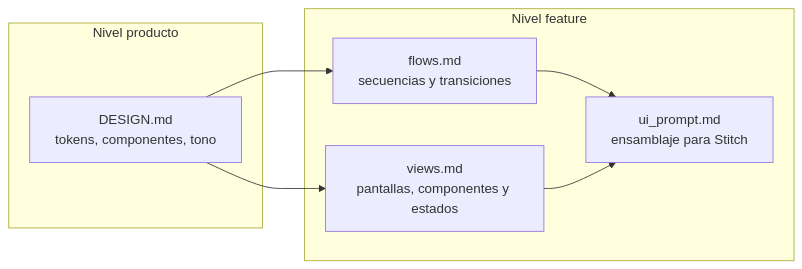
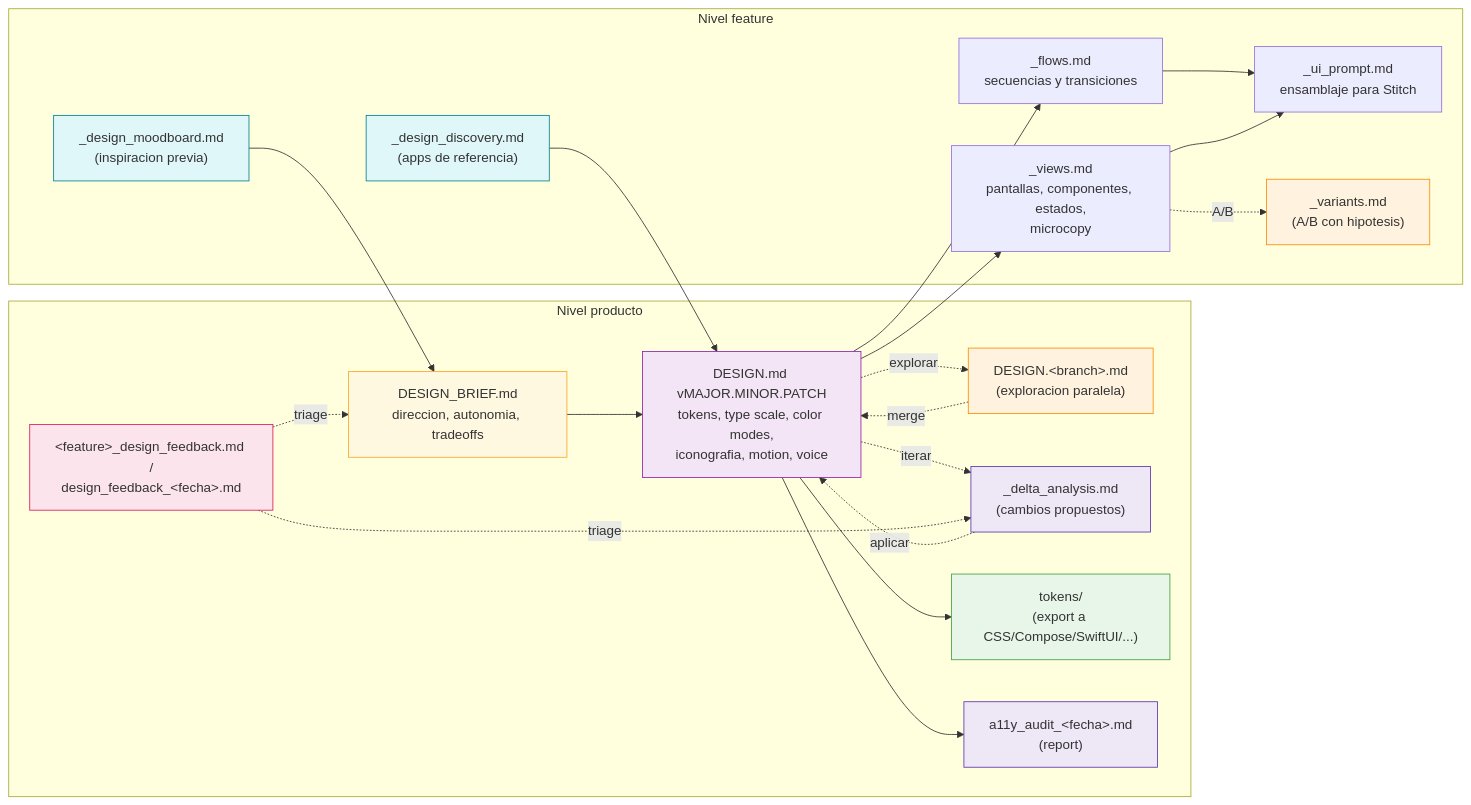
Before and after one commit to OspofeDeveloper/ai-dev-agents-lab: the fifth of 9 diagrams in sdd/design/DIAGRAMS.md, drawn with Mermaid. The commit also changed other lines of this file and 193 other files, not shown here.

````diff
--- a/sdd/design/DIAGRAMS.md
+++ b/sdd/design/DIAGRAMS.md
@@ -87,17 +199,49 @@
 ```mermaid
 flowchart LR
     subgraph Product["Nivel producto"]
-        D["DESIGN.md<br/>tokens, componentes, tono"]
+        B["DESIGN_BRIEF.md<br/>direccion, autonomia, tradeoffs"]
+        D["DESIGN.md vMAJOR.MINOR.PATCH<br/>tokens, type scale, color modes,<br/>iconografia, motion, voice"]
+        BR["DESIGN.&lt;branch&gt;.md<br/>(exploracion paralela)"]
+        DA["_delta_analysis.md<br/>(cambios propuestos)"]
+        TK["tokens/<br/>(export a CSS/Compose/SwiftUI/...)"]
+        A11Y["a11y_audit_&lt;fecha&gt;.md<br/>(report)"]
+        FB["&lt;feature&gt;_design_feedback.md /<br/>design_feedback_&lt;fecha&gt;.md"]
     end
 
     subgraph Feature["Nivel feature"]
-        F["flows.md<br/>secuencias y transiciones"]
-        V["views.md<br/>pantallas, componentes y estados"]
-        P["ui_prompt.md<br/>ensamblaje para Stitch"]
+        MOOD["_design_moodboard.md<br/>(inspiracion previa)"]
+        DISC["_design_discovery.md<br/>(apps de referencia)"]
+        F["_flows.md<br/>secuencias y transiciones"]
+        V["_views.md<br/>pantallas, componentes, estados,<br/>microcopy"]
+        P["_ui_prompt.md<br/>ensamblaje para Stitch"]
+        VAR["_variants.md<br/>(A/B con hipotesis)"]
     end
 
+    B --> D
+    MOOD --> B
+    DISC --> D
     D --> F
     D --> V
     F --> P
     V --> P
+    D -.iterar.-> DA
+    DA -.aplicar.-> D
+    D -.explorar.-> BR
+    BR -.merge.-> D
+    D --> TK
+    D --> A11Y
+    V -.A/B.-> VAR
+    FB -.triage.-> B
+    FB -.triage.-> DA
+
+    style B fill:#fff8e1,stroke:#f9a825
+    style D fill:#f3e5f5,stroke:#8e24aa
+    style BR fill:#fff3e0,stroke:#fb8c00
+    style DA fill:#ede7f6,stroke:#5e35b1
+    style TK fill:#e8f5e9,stroke:#43a047
+    style A11Y fill:#ede7f6,stroke:#5e35b1
+    style FB fill:#fce4ec,stroke:#d81b60
+    style MOOD fill:#e0f7fa,stroke:#00838f
+    style DISC fill:#e0f7fa,stroke:#00838f
+    style VAR fill:#fff3e0,stroke:#fb8c00
 ```
````
